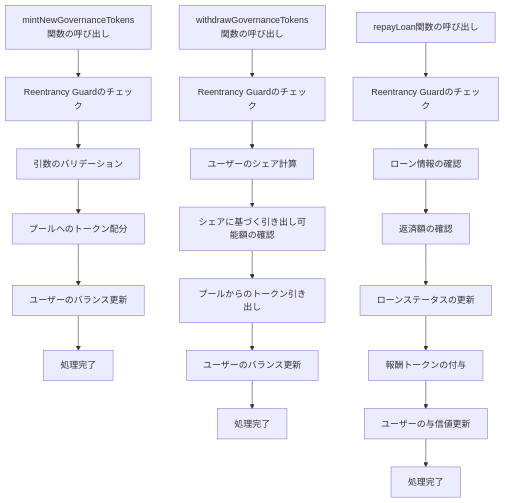
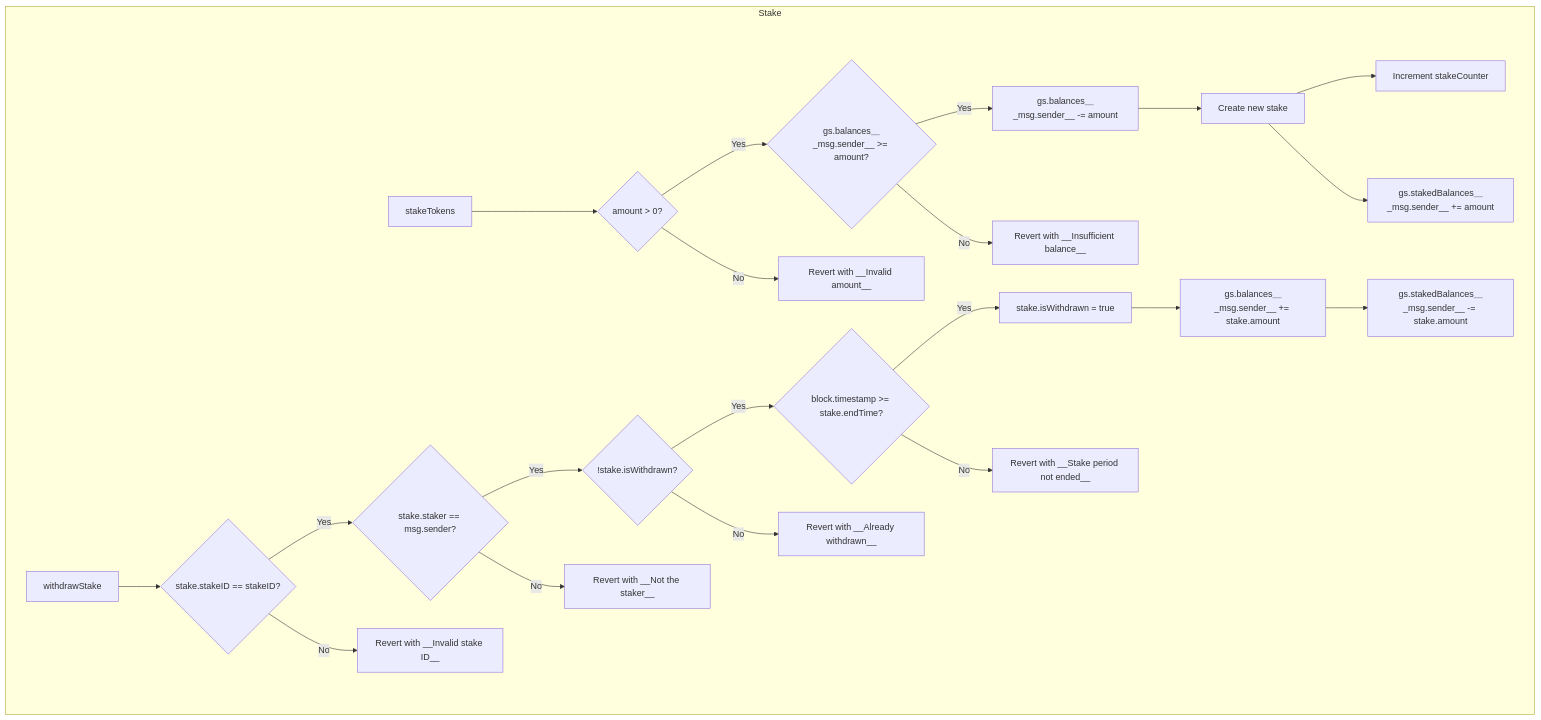
One commit to ecdysisxyz/StableCredit changed diagram 11 of 11 in docs/uml.md. Above: the diagram before and after it, drawn with Mermaid. The commit also changed other lines of this file and 9 other files, not shown here.

````diff
--- a/docs/uml.md
+++ b/docs/uml.md
@@ -248,23 +699,50 @@
 ```mermaid
 flowchart TD
-    A[mintNewGovernanceTokens関数の呼び出し] --> B[Reentrancy Guardのチェック]
-    B --> C[引数のバリデーション]
-    C --> D[プールへのトークン配分]
-    D --> E[ユーザーのバランス更新]
-    E --> F[処理完了]
+    A[stakeTokens] --> B{amount > 0?}
+    B -- Yes --> C{gs.balances＿_msg.sender__ >= amount?}
+    C -- Yes --> D[gs.balances＿_msg.sender__ -= amount]
+    D --> E[Create new stake]
+    E --> F[Increment stakeCounter]
+    E --> G[gs.stakedBalances＿_msg.sender__ += amount]
+    C -- No --> H[Revert with __Insufficient balance__]
+    B -- No --> I[Revert with __Invalid amount__]
 
-    A2[withdrawGovernanceTokens関数の呼び出し] --> B2[Reentrancy Guardのチェック]
-    B2 --> C2[ユーザーのシェア計算]
-    C2 --> D2[シェアに基づく引き出し可能額の確認]
-    D2 --> E2[プールからのトークン引き出し]
-    E2 --> F2[ユーザーのバランス更新]
-    F2 --> G2[処理完了]
+    subgraph Stake
+        A
+        B
+        C
+        D
+        E
+        F
+        G
+        H
+        I
+    end
 
-    A3[repayLoan関数の呼び出し] --> B3[Reentrancy Guardのチェック]
-    B3 --> C3[ローン情報の確認]
-    C3 --> D3[返済額の確認]
-    D3 --> E3[ローンステータスの更新]
-    E3 --> F3[報酬トークンの付与]
-    F3 --> G3[ユーザーの与信値更新]
-    G3 --> H3[処理完了]
+    J[withdrawStake] --> K{stake.stakeID == stakeID?}
+    K -- Yes --> L{stake.staker == msg.sender?}
+    L -- Yes --> M{!stake.isWithdrawn?}
+    M -- Yes --> N{block.timestamp >= stake.endTime?}
+    N -- Yes --> O[stake.isWithdrawn = true]
+    O --> P[gs.balances＿_msg.sender__ += stake.amount]
+    P --> Q[gs.stakedBalances＿_msg.sender__ -= stake.amount]
+    N -- No --> R[Revert with __Stake period not ended__]
+    M -- No --> S[Revert with __Already withdrawn__]
+    L -- No --> T[Revert with __Not the staker__]
+    K -- No --> U[Revert with __Invalid stake ID__]
+
+    subgraph Stake
+        J
+        K
+        L
+        M
+        N
+        O
+        P
+        Q
+        R
+        S
+        T
+        U
+    end
 ```
````
